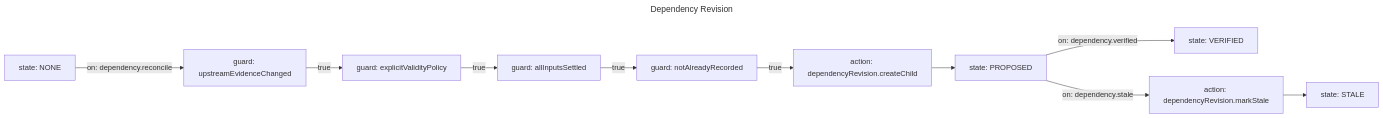
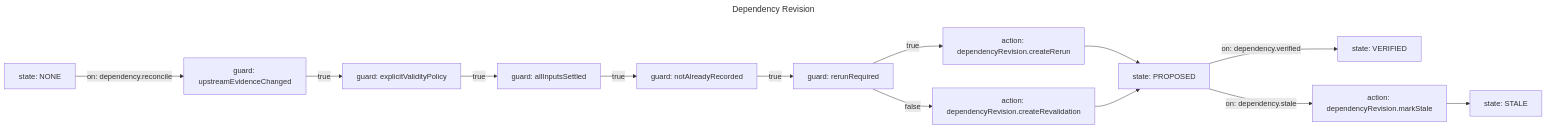
One commit to lalalic/agents-relay changed the diagram in workflow/dependency-revision.mmd. Above: the diagram before and after it, drawn with Mermaid. The commit also changed 12 other files, not shown here.

Commit message:
fix(relay): graph-owned revision mode and bounded no-progress review recovery

```diff
--- a/workflow/dependency-revision.mmd
+++ b/workflow/dependency-revision.mmd
@@ -1,25 +1,30 @@
 ---
 title: Dependency Revision
 description: Authorizes a semantic downstream verification or rerun based on explicit edge policy and a settled dependency evidence vector.
 ---
 flowchart LR
 %% relay: initial none
 none["state: NONE"]
 proposed["state: PROPOSED"]
 verified["state: VERIFIED"]
 stale["state: STALE"]
 markStale["action: dependencyRevision.markStale"]
 upstreamChanged["guard: upstreamEvidenceChanged"]
 explicitPolicy["guard: explicitValidityPolicy"]
 allSettled["guard: allInputsSettled"]
 notDuplicated["guard: notAlreadyRecorded"]
-createRevision["action: dependencyRevision.createChild"]
+rerunRequired["guard: rerunRequired"]
+createRerun["action: dependencyRevision.createRerun"]
+createRevalidation["action: dependencyRevision.createRevalidation"]
 none -->|on: dependency.reconcile| upstreamChanged
 upstreamChanged -->|true| explicitPolicy
 explicitPolicy -->|true| allSettled
 allSettled -->|true| notDuplicated
-notDuplicated -->|true| createRevision
-createRevision --> proposed
+notDuplicated -->|true| rerunRequired
+rerunRequired -->|true| createRerun
+rerunRequired -->|false| createRevalidation
+createRerun --> proposed
+createRevalidation --> proposed
 proposed -->|on: dependency.verified| verified
 proposed -->|on: dependency.stale| markStale
 markStale --> stale
```
